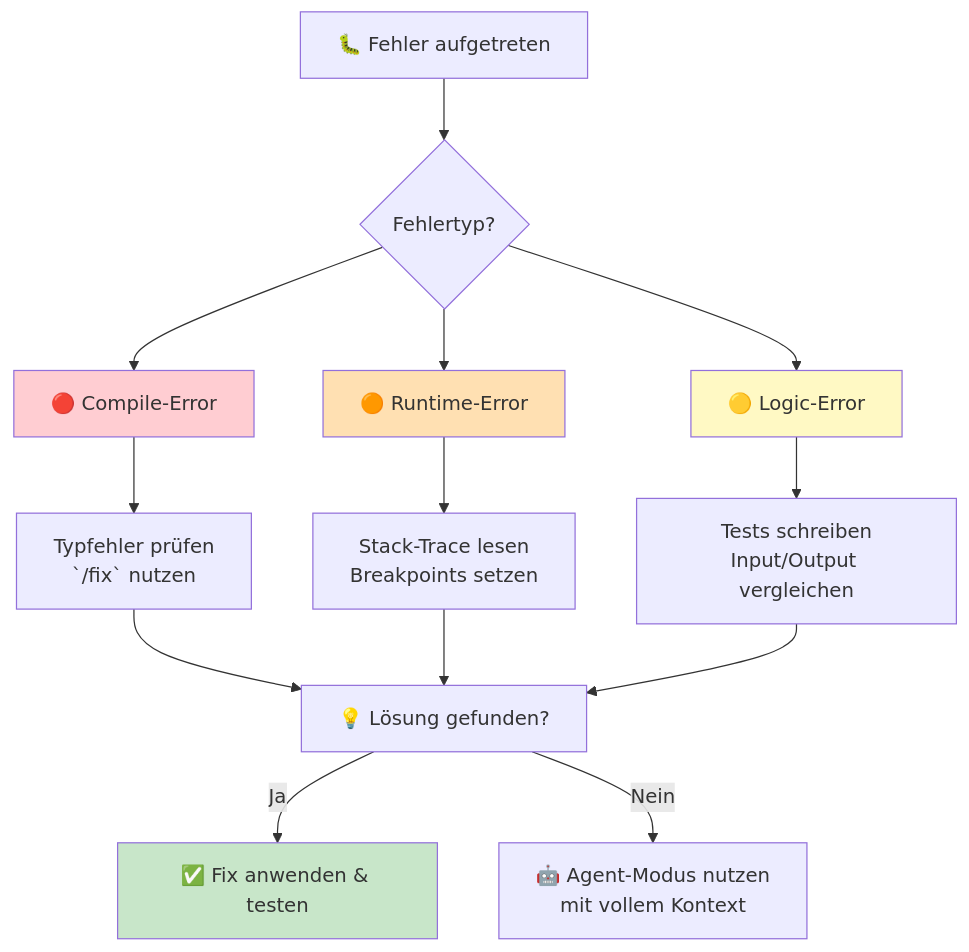
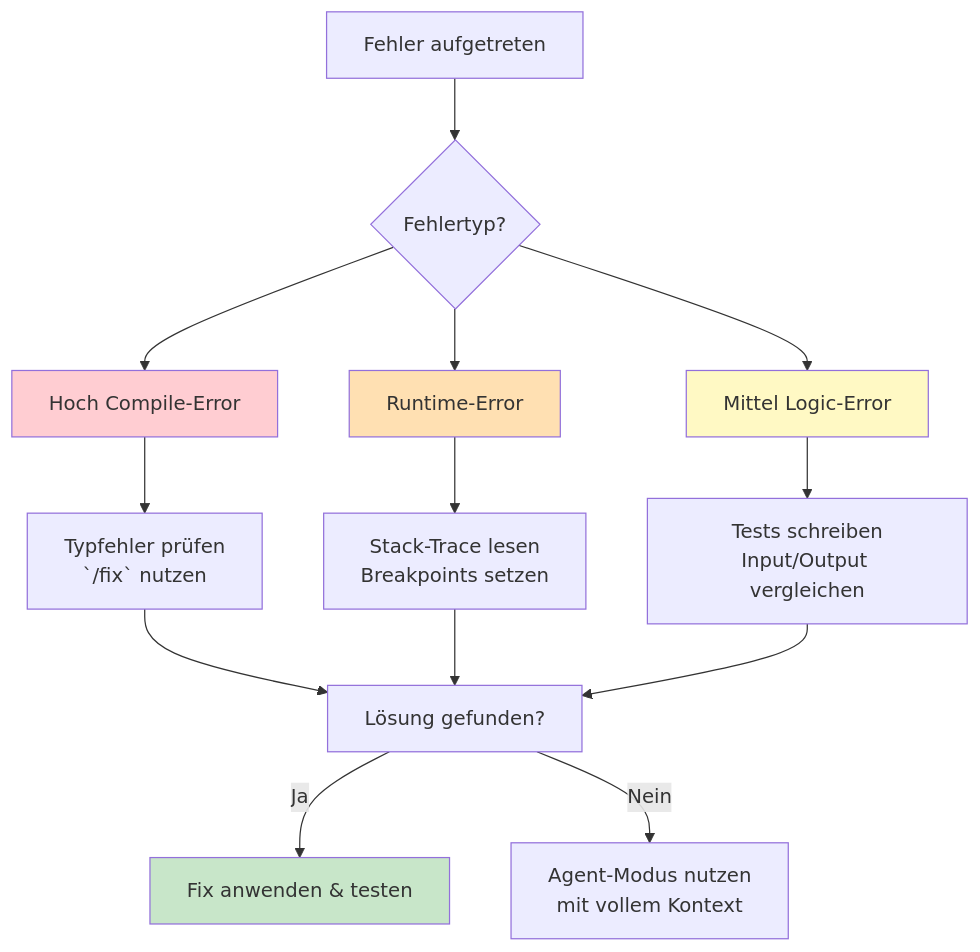
One commit to justinsz/ProPrompt changed the second of 3 diagrams in coders_de.md. Above: the diagram before and after it, drawn with Mermaid. The commit also changed other lines of this file and 11 other files, not shown here.

````diff
--- a/coders_de.md
+++ b/coders_de.md
@@ -214,24 +214,24 @@
 ```mermaid
 flowchart TD
-    A[🐛 Fehler aufgetreten] --> B{Fehlertyp?}
-    
-    B --> C[🔴 Compile-Error]
-    B --> D[🟠 Runtime-Error]
-    B --> E[🟡 Logic-Error]
-    
+    A[Fehler aufgetreten] --> B{Fehlertyp?}
+
+    B --> C[Hoch Compile-Error]
+    B --> D[Runtime-Error]
+    B --> E[Mittel Logic-Error]
+
     C --> C1[Typfehler prüfen<br/>`/fix` nutzen]
     D --> D1[Stack-Trace lesen<br/>Breakpoints setzen]
     E --> E1[Tests schreiben<br/>Input/Output vergleichen]
-    
-    C1 --> F[💡 Lösung gefunden?]
+
+    C1 --> F[Lösung gefunden?]
     D1 --> F
     E1 --> F
-    
-    F -- Ja --> G[✅ Fix anwenden & testen]
-    F -- Nein --> H[🤖 Agent-Modus nutzen<br/>mit vollem Kontext]
-    
+
+    F -- Ja --> G[Fix anwenden & testen]
+    F -- Nein --> H[Agent-Modus nutzen<br/>mit vollem Kontext]
+
     style C fill:#ffcdd2
     style D fill:#ffe0b2
     style E fill:#fff9c4
     style G fill:#c8e6c9
 ```
````
